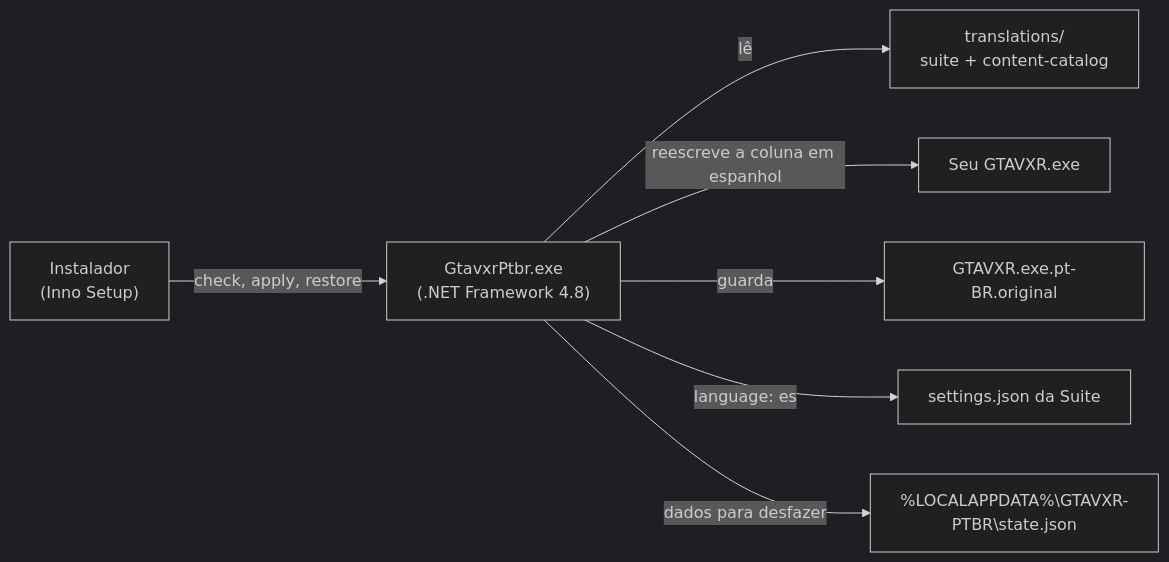
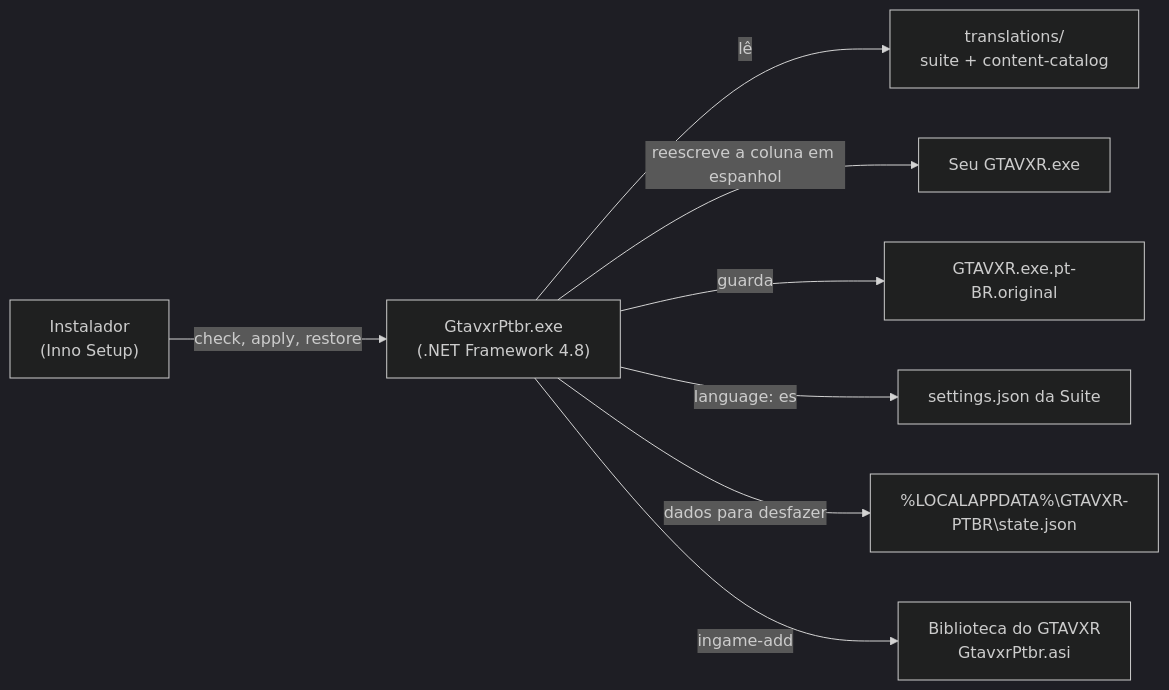
The first of 2 diagrams in docs/architecture.pt-BR.md (scarletmodder/gtavxr-ptbr), drawn with Mermaid (dark theme) before and after one commit. The commit also changed other lines of this file and 24 other files, not shown here.

````diff
--- a/docs/architecture.pt-BR.md
+++ b/docs/architecture.pt-BR.md
@@ -9,9 +9,10 @@
 ```mermaid
 flowchart LR
     setup["Instalador<br/>(Inno Setup)"] -->|check, apply, restore| tool["GtavxrPtbr.exe<br/>(.NET Framework 4.8)"]
     tool -->|lê| tr["translations/<br/>suite + content-catalog"]
     tool -->|reescreve a coluna em espanhol| suite["Seu GTAVXR.exe"]
     tool -->|guarda| orig["GTAVXR.exe.pt-BR.original"]
     tool -->|"language: es"| settings["settings.json da Suite"]
     tool -->|dados para desfazer| state["%LOCALAPPDATA%\GTAVXR-PTBR\state.json"]
+    tool -->|ingame-add| lib["Biblioteca do GTAVXR<br/>GtavxrPtbr.asi"]
 ```
````
